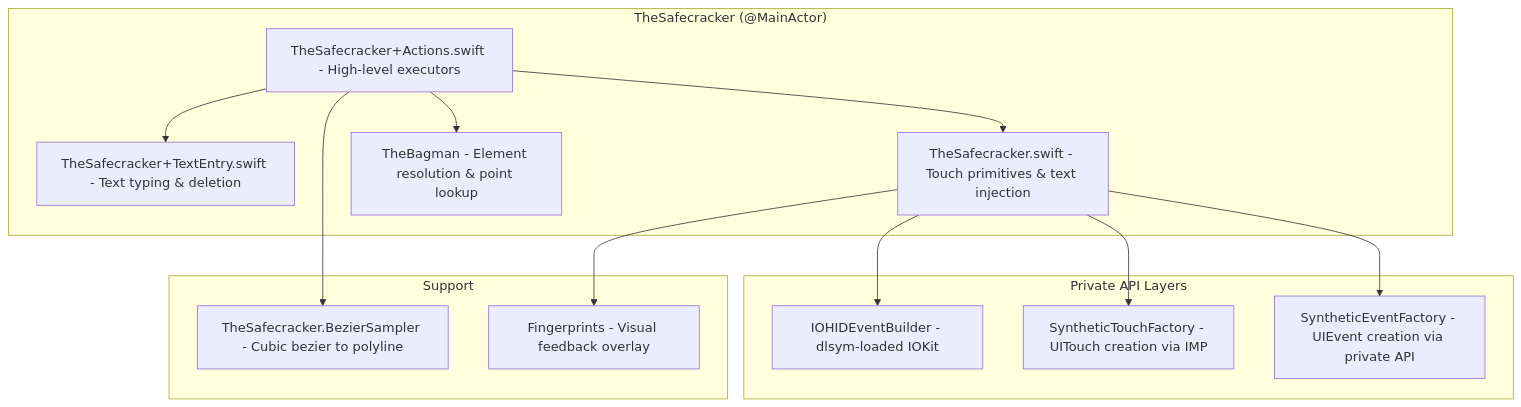
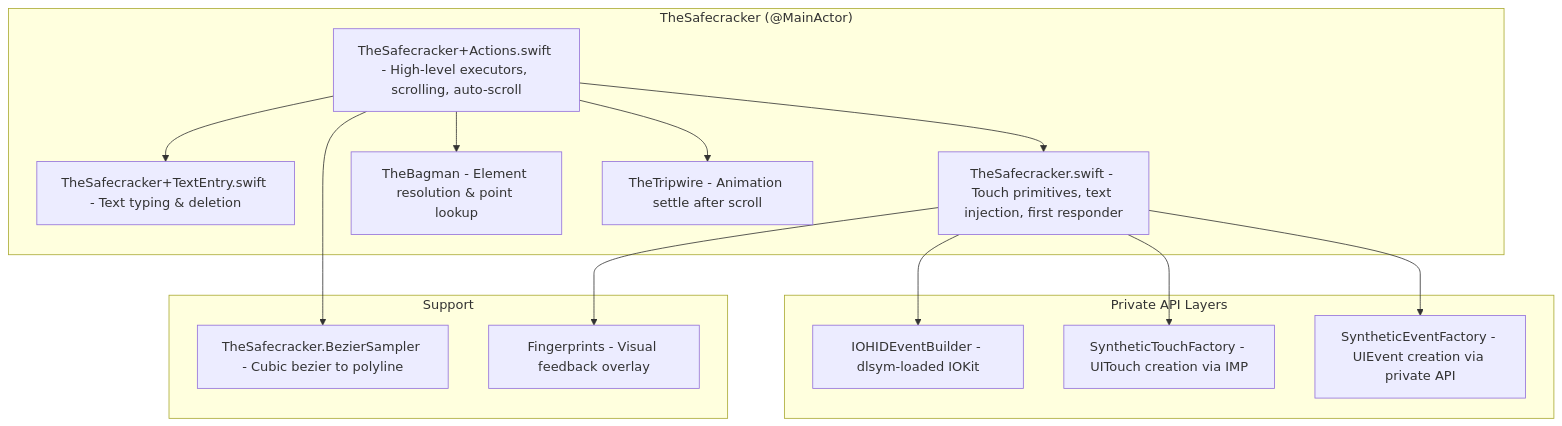
The first of 5 diagrams in docs/dossiers/04-THESAFECRACKER.md (RoyalPineapple/TheButtonHeist), drawn with Mermaid before and after one commit. The commit also changed other lines of this file and 11 other files, not shown here.

First line of the commit message:
Auto-scroll elements into view before interactions (#146)

````diff
--- a/docs/dossiers/04-THESAFECRACKER.md
+++ b/docs/dossiers/04-THESAFECRACKER.md
@@ -23,29 +26,31 @@
 ```mermaid
 graph TD
     subgraph TheSafecracker["TheSafecracker (@MainActor)"]
-        Actions["TheSafecracker+Actions.swift - High-level executors"]
+        Actions["TheSafecracker+Actions.swift - High-level executors, scrolling, auto-scroll"]
         TextEntry["TheSafecracker+TextEntry.swift - Text typing & deletion"]
-        Core["TheSafecracker.swift - Touch primitives & text injection"]
+        Core["TheSafecracker.swift - Touch primitives, text injection, first responder"]
         Bagman["TheBagman - Element resolution & point lookup"]
+        Tripwire["TheTripwire - Animation settle after scroll"]
     end
 
     subgraph PrivateAPIs["Private API Layers"]
         IOHID["IOHIDEventBuilder - dlsym-loaded IOKit"]
         TouchFactory["SyntheticTouchFactory - UITouch creation via IMP"]
         EventFactory["SyntheticEventFactory - UIEvent creation via private API"]
     end
 
     subgraph Support["Support"]
         Bezier["TheSafecracker.BezierSampler - Cubic bezier to polyline"]
         FP["Fingerprints - Visual feedback overlay"]
     end
 
     Actions --> Core
     Actions --> Bagman
+    Actions --> Tripwire
     Actions --> TextEntry
     Core --> IOHID
     Core --> TouchFactory
     Core --> EventFactory
     Actions --> Bezier
     Core --> FP
 ```
````
